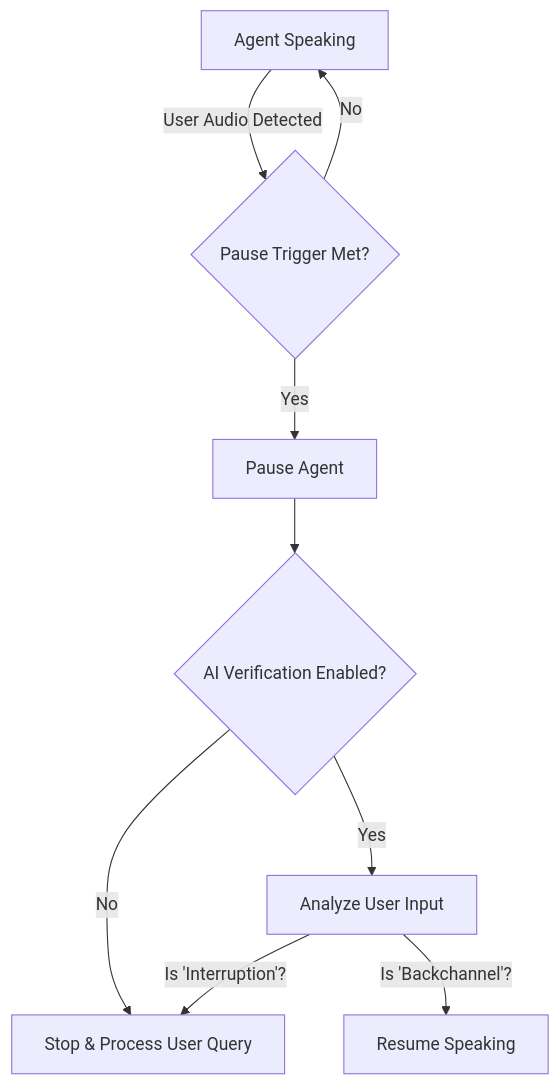
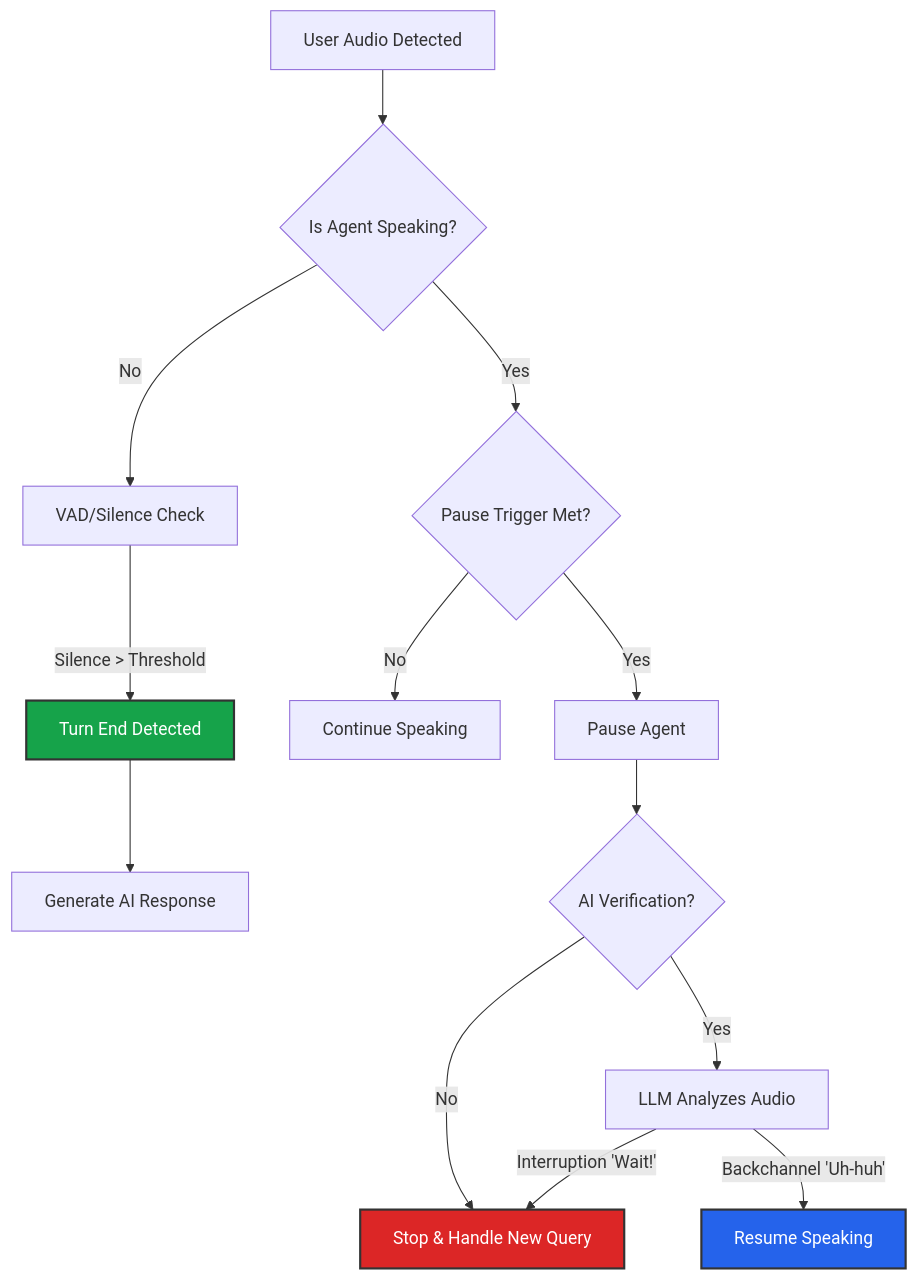
Before and after one commit to abdofallah/IqraAI-Docs: the diagram in content/docs/build/agent/interruption.mdx, drawn with Mermaid. The commit also changed other lines of this file and 25 other files, not shown here.

````diff
--- a/content/docs/build/agent/interruption.mdx
+++ b/content/docs/build/agent/interruption.mdx
@@ -79,11 +15,25 @@
 ```mermaid
 graph TD
-    A[Agent Speaking] -->|User Audio Detected| B{Pause Trigger Met?}
-    B -->|No| A
-    B -->|Yes| C[Pause Agent]
-    C --> D{AI Verification Enabled?}
-    D -->|No| E[Stop & Process User Query]
-    D -->|Yes| F[Analyze User Input]
-    F -->|Is 'Backchannel'?| G[Resume Speaking]
-    F -->|Is 'Interruption'?| E
+    Start[User Audio Detected] --> Check{Is Agent Speaking?}
+    
+    %% Turn End Logic
+    Check -->|No| VAD[VAD/Silence Check]
+    VAD -->|Silence > Threshold| TurnEnd[Turn End Detected]
+    TurnEnd --> Respond[Generate AI Response]
+    
+    %% Interruption Logic
+    Check -->|Yes| Trigger{Pause Trigger Met?}
+    Trigger -->|No| Continue[Continue Speaking]
+    Trigger -->|Yes| Pause[Pause Agent]
+    
+    Pause --> Verify{AI Verification?}
+    Verify -->|No| Stop[Stop & Handle New Query]
+    Verify -->|Yes| Analyze[LLM Analyzes Audio]
+    
+    Analyze -->|Backchannel 'Uh-huh'| Resume[Resume Speaking]
+    Analyze -->|Interruption 'Wait!'| Stop
+    
+    style TurnEnd fill:#16a34a,stroke:#333,stroke-width:2px,color:#fff
+    style Stop fill:#dc2626,stroke:#333,stroke-width:2px,color:#fff
+    style Resume fill:#2563eb,stroke:#333,stroke-width:2px,color:#fff
 ```
````
